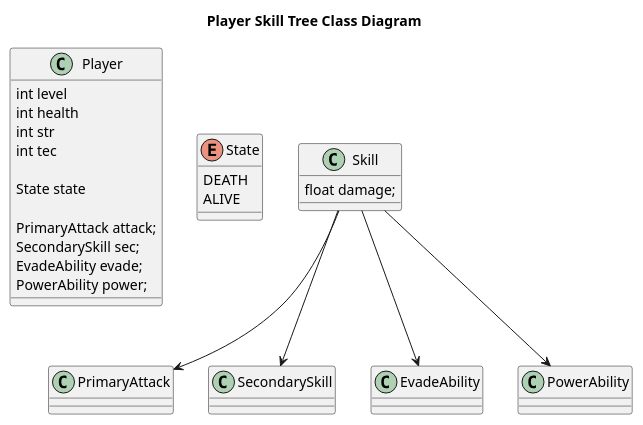
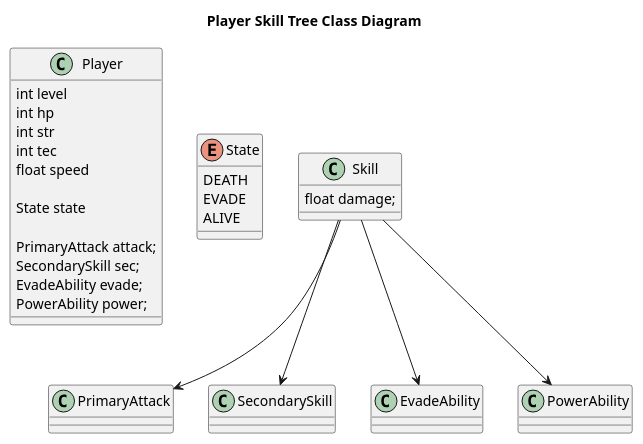
Before and after one commit to xxyoon2/Unity_FullMetalFuries_Imitation: the diagram in FullMetalFuries/Document/ClassDiagram_PlayerSkillTree.puml, drawn with PlantUML. The commit also changed 6 other files, not shown here.

```diff
--- a/FullMetalFuries/Document/ClassDiagram_PlayerSkillTree.puml
+++ b/FullMetalFuries/Document/ClassDiagram_PlayerSkillTree.puml
@@ -1,56 +1,58 @@
 @startuml
 
 title Player Skill Tree Class Diagram
 
 class Player
 {
     int level
-    int health
+    int hp
     int str
     int tec
+    float speed
 
     State state
 
     PrimaryAttack attack;
     SecondarySkill sec;
     EvadeAbility evade;
     PowerAbility power;
 }
 
 enum State
 {
     DEATH
+    EVADE
     ALIVE
 }
 
 class Skill
 {
     float damage;
 }
 
 class PrimaryAttack
 {
  
 }
 
 class SecondarySkill
 {
 
 }
 
 class EvadeAbility
 {
 
 }
 
 class PowerAbility
 {
 
 }
 
 Skill --> PrimaryAttack
 Skill --> SecondarySkill
 Skill --> EvadeAbility
 Skill --> PowerAbility
 
 @enduml
```
